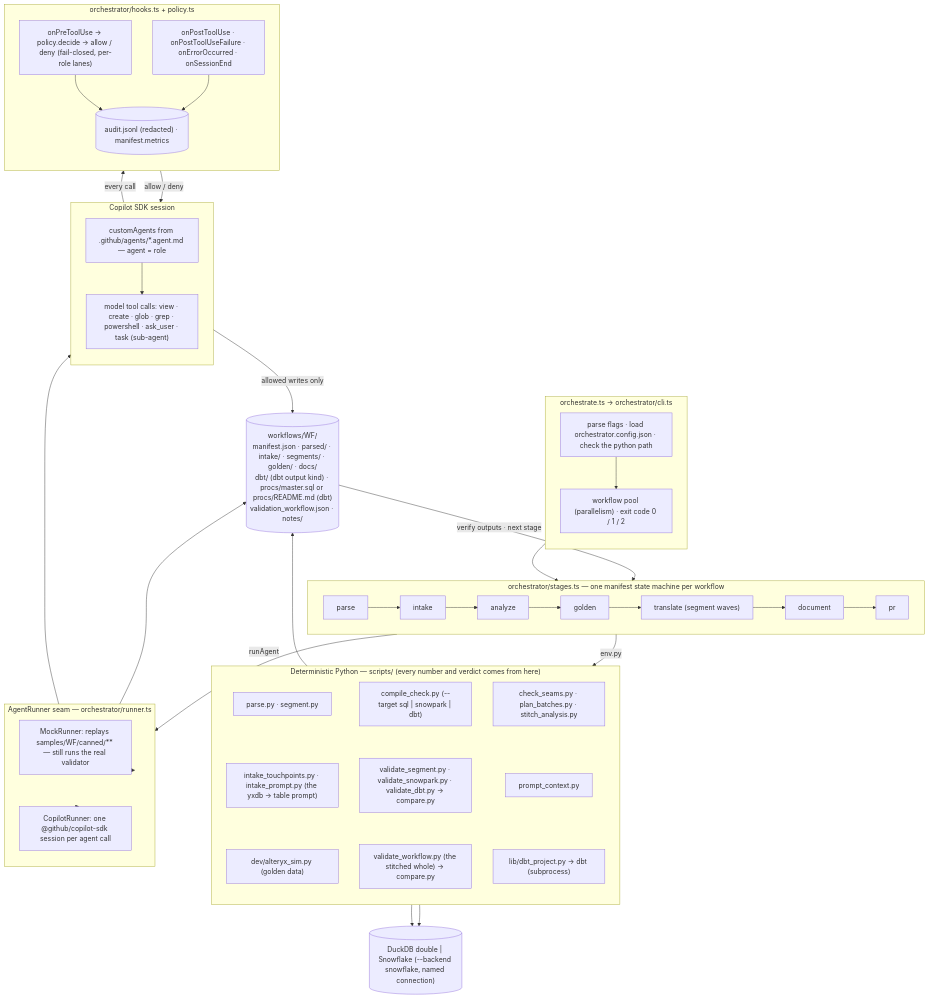
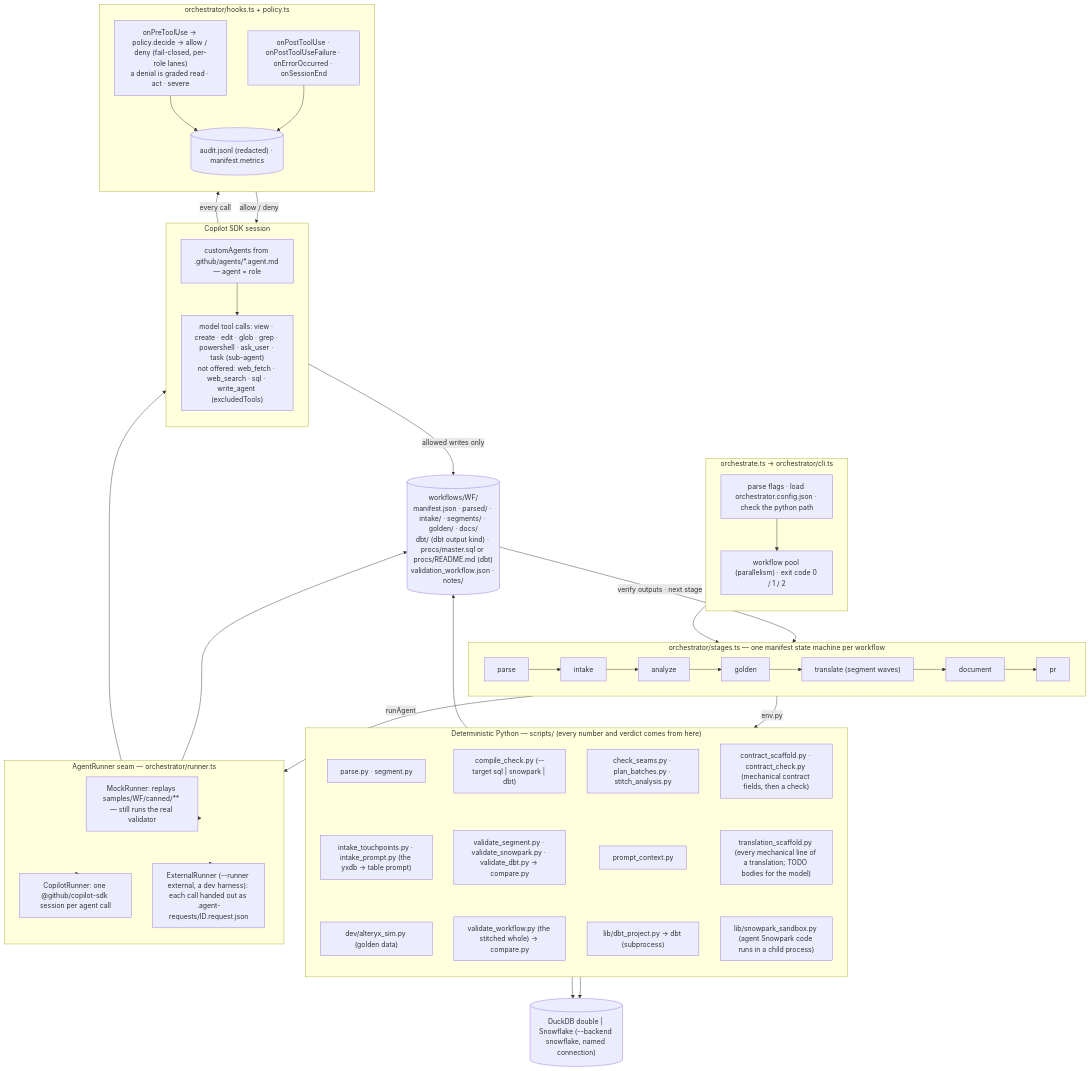
One commit to artyfartymarty/Alteryx_2_SQL changed the first of 3 diagrams in README.md. Above: the diagram before and after it, drawn with Mermaid. The commit also changed other lines of this file and 80 other files, not shown here.

````diff
--- a/README.md
+++ b/README.md
@@ -33,63 +46,69 @@
 ```mermaid
 flowchart TB
   subgraph CLI["orchestrate.ts → orchestrator/cli.ts"]
     direction TB
     A["parse flags · load orchestrator.config.json · check the python path"]
     B["workflow pool (parallelism) · exit code 0 / 1 / 2"]
     A --> B
   end
   subgraph SM["orchestrator/stages.ts — one manifest state machine per workflow"]
     direction LR
     S1[parse] --> S2[intake] --> S3[analyze] --> S4[golden] --> S5["translate (segment waves)"] --> S6[document] --> S7[pr]
   end
   subgraph PY["Deterministic Python — scripts/ (every number and verdict comes from here)"]
     direction TB
     P1["parse.py · segment.py"]
     P2["intake_touchpoints.py · intake_prompt.py (the yxdb → table prompt)"]
     P3["dev/alteryx_sim.py (golden data)"]
     P4["compile_check.py (--target sql | snowpark | dbt)"]
     P5["validate_segment.py · validate_snowpark.py · validate_dbt.py → compare.py"]
     P6["validate_workflow.py (the stitched whole) → compare.py"]
     P7["check_seams.py · plan_batches.py · stitch_analysis.py"]
     P8["prompt_context.py"]
     P9["lib/dbt_project.py → dbt (subprocess)"]
+    P10["contract_scaffold.py · contract_check.py (mechanical contract fields, then a check)"]
+    P11["translation_scaffold.py (every mechanical line of a translation; TODO bodies for the model)"]
+    P12["lib/snowpark_sandbox.py (agent Snowpark code runs in a child process)"]
     P1 ~~~ P2 ~~~ P3
     P4 ~~~ P5 ~~~ P6
     P7 ~~~ P8 ~~~ P9
+    P10 ~~~ P11 ~~~ P12
   end
   subgraph AR["AgentRunner seam — orchestrator/runner.ts"]
     direction TB
     M["MockRunner: replays samples/WF/canned/** — still runs the real validator"]
     C["CopilotRunner: one @github/copilot-sdk session per agent call"]
+    X["ExternalRunner (--runner external, a dev harness): each call handed out as .agent-requests/ID.request.json"]
   end
   subgraph SDK["Copilot SDK session"]
     direction TB
     AG["customAgents from .github/agents/*.agent.md — agent = role"]
-    TOOLS["model tool calls: view · create · glob · grep · powershell · ask_user · task (sub-agent)"]
+    TOOLS["model tool calls: view · create · edit · glob · grep · powershell · ask_user · task (sub-agent)<br/>not offered: web_fetch · web_search · sql · write_agent (excludedTools)"]
     AG --> TOOLS
   end
   subgraph HK["orchestrator/hooks.ts + policy.ts"]
     direction TB
-    H1["onPreToolUse → policy.decide → allow / deny (fail-closed, per-role lanes)"]
+    H1["onPreToolUse → policy.decide → allow / deny (fail-closed, per-role lanes)<br/>a denial is graded read · act · severe"]
     H2["onPostToolUse · onPostToolUseFailure · onErrorOccurred · onSessionEnd"]
     AUD[("audit.jsonl (redacted) · manifest.metrics")]
     H1 --> AUD
     H2 --> AUD
   end
   BACKEND[("DuckDB double | Snowflake (--backend snowflake, named connection)")]
   FS[("workflows/WF/<br/>manifest.json · parsed/ · intake/ · segments/ · golden/ · docs/<br/>dbt/ (dbt output kind) · procs/master.sql or procs/README.md (dbt)<br/>validation_workflow.json · notes/")]
   B --> SM
   SM -->|env.py| PY
   SM -->|runAgent| AR
   AR --> M
   AR --> C
+  AR --> X
   C --> SDK
   TOOLS -->|every call| H1
   H1 -->|allow / deny| TOOLS
   PY --> FS
   P5 --> BACKEND
   P6 --> BACKEND
   M --> FS
   TOOLS -->|allowed writes only| FS
   FS -->|verify outputs · next stage| SM
 ```
````
